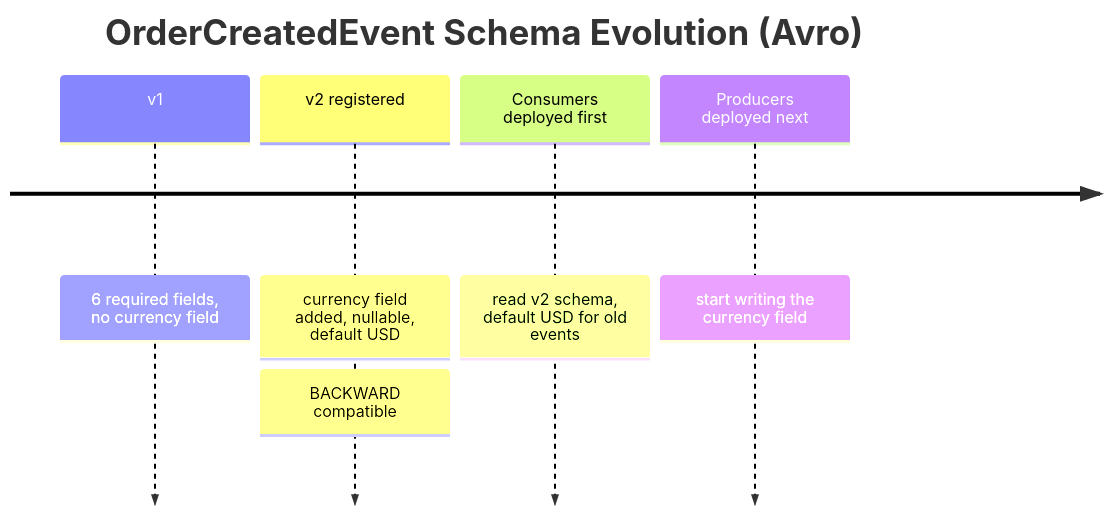
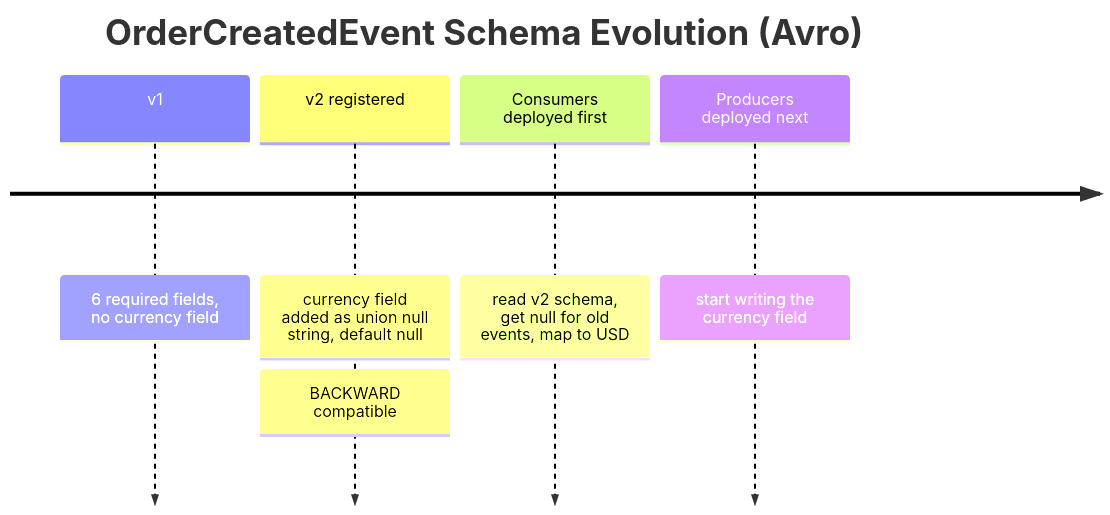
One commit to rppol/system-design changed the fifth of 6 diagrams in src/main/java/com/rutik/systemdesign/backend/case_studies/design_event_driven_order_system/README.md. Above: the diagram before and after it, drawn with Mermaid. The commit also changed other lines of this file and 13 other files, not shown here.

````diff
--- a/src/main/java/com/rutik/systemdesign/backend/case_studies/design_event_driven_order_system/README.md
+++ b/src/main/java/com/rutik/systemdesign/backend/case_studies/design_event_driven_order_system/README.md
@@ -132,8 +132,8 @@
 ```mermaid
 timeline
     title OrderCreatedEvent Schema Evolution (Avro)
     v1 : 6 required fields, no currency field
-    v2 registered : currency field added, nullable, default USD : BACKWARD compatible
-    Consumers deployed first : read v2 schema, default USD for old events
+    v2 registered : currency field added as union null string, default null : BACKWARD compatible
+    Consumers deployed first : read v2 schema, get null for old events, map to USD
     Producers deployed next : start writing the currency field
 ```
````
